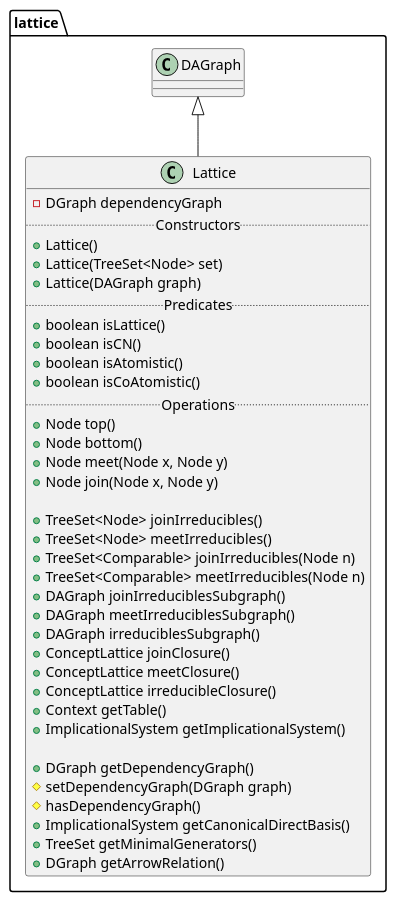
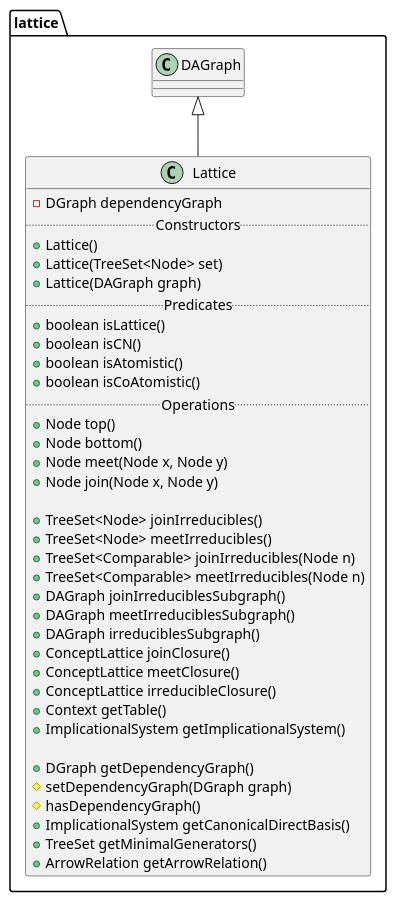
Before and after one commit to thegalactic/java-lattices: the diagram in src/lattice/Lattice.iuml, drawn with PlantUML. The commit also changed 8 other files, not shown here.

```diff
--- a/src/lattice/Lattice.iuml
+++ b/src/lattice/Lattice.iuml
@@ -1,41 +1,41 @@
 package lattice {
     class Lattice {
         -DGraph dependencyGraph
         .. Constructors ..
         +Lattice()
         +Lattice(TreeSet<Node> set)
         +Lattice(DAGraph graph)
         .. Predicates ..
         +boolean isLattice()
         +boolean isCN()
         +boolean isAtomistic()
         +boolean isCoAtomistic()
         .. Operations ..
         +Node top()
         +Node bottom()
         +Node meet(Node x, Node y)
         +Node join(Node x, Node y)
 
         +TreeSet<Node> joinIrreducibles()
         +TreeSet<Node> meetIrreducibles()
         +TreeSet<Comparable> joinIrreducibles(Node n)
         +TreeSet<Comparable> meetIrreducibles(Node n)
         +DAGraph joinIrreduciblesSubgraph()
         +DAGraph meetIrreduciblesSubgraph()
         +DAGraph irreduciblesSubgraph()
         +ConceptLattice joinClosure()
         +ConceptLattice meetClosure()
         +ConceptLattice irreducibleClosure()
         +Context getTable()
         +ImplicationalSystem getImplicationalSystem()
 
         +DGraph getDependencyGraph()
         #setDependencyGraph(DGraph graph)
         #hasDependencyGraph()
         +ImplicationalSystem getCanonicalDirectBasis()
         +TreeSet getMinimalGenerators()
-        +DGraph getArrowRelation()
+        +ArrowRelation getArrowRelation()
     }
 
     DAGraph <|-- Lattice
 }
```
